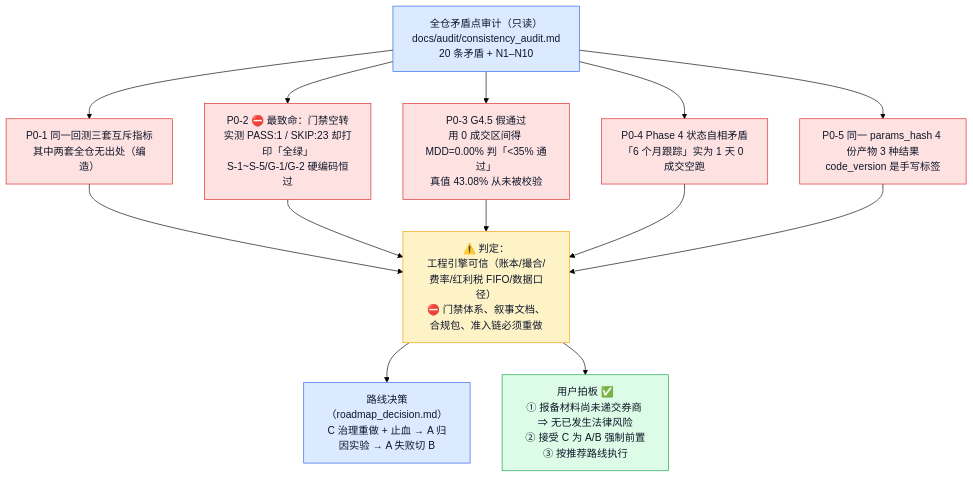
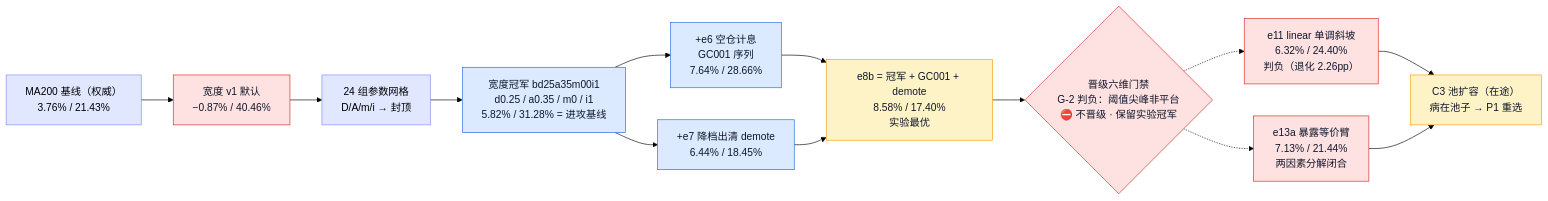
One commit to YZml1507/FinAI2.0 changed the second of 8 diagrams in docs/project_status_flowchart.md. Above: the diagram before and after it, drawn with Mermaid (forest theme). The commit also changed other lines of this file and 2 other files, not shown here.

First line of the commit message:
docs(flowchart)+test: Alpha时代重构project_status_flowchart(.md+.html镜像)——基建/谱系基线矩阵/判负史归因/数据去偏/C3/门禁/测试基线/队列/缺口/治理时代压缩归档十节;指标走表头关键词+数据行裸数字+权威产物锚定行,零gate-doc-ignore即过G-DOC-1/G-REF-1;allowed_counts该文件区间(1,1)→(0,None)同步守卫;pytest 1092绿

````diff
--- a/docs/project_status_flowchart.md
+++ b/docs/project_status_flowchart.md
@@ -35,24 +38,26 @@
 ```mermaid
-flowchart TD
-  AUDIT["全仓矛盾点审计（只读）<br/>docs/audit/consistency_audit.md<br/>20 条矛盾 + N1–N10"] --> P0_1["P0-1 同一回测三套互斥指标<br/>其中两套全仓无出处（编造）"]
-  AUDIT --> P0_2["P0-2 ⛔ 最致命：门禁空转<br/>实测 PASS:1 / SKIP:23 却打印「全绿」<br/>S-1~S-5/G-1/G-2 硬编码恒过"]
-  AUDIT --> P0_3["P0-3 G4.5 假通过<br/>用 0 成交区间得 MDD=0.00% 判「<35% 通过」<br/>真值 43.08% 从未被校验"]
-  AUDIT --> P0_4["P0-4 Phase 4 状态自相矛盾<br/>「6 个月跟踪」实为 1 天 0 成交空跑"]
-  AUDIT --> P0_5["P0-5 同一 params_hash 4 份产物 3 种结果<br/>code_version 是手写标签"]
-  P0_1 --> VERDICT
-  P0_2 --> VERDICT
-  P0_3 --> VERDICT
-  P0_4 --> VERDICT
-  P0_5 --> VERDICT["⚠️ 判定：<br/>工程引擎可信（账本/撮合/费率/红利税 FIFO/数据口径）<br/>⛔ 门禁体系、叙事文档、合规包、准入链必须重做"]
-  VERDICT --> ROUTE["路线决策（roadmap_decision.md）<br/>C 治理重做 + 止血 → A 归因实验 → A 失败切 B"]
-  VERDICT --> USER["用户拍板 ✅<br/>① 报备材料尚未递交券商 ⇒ 无已发生法律风险<br/>② 接受 C 为 A/B 强制前置<br/>③ 按推荐路线执行"]
-  style AUDIT fill:#dbeafe,stroke:#2563eb,color:#0f172a
-  style P0_1 fill:#fee2e2,stroke:#dc2626,color:#0f172a
-  style P0_2 fill:#fee2e2,stroke:#dc2626,color:#0f172a
-  style P0_3 fill:#fee2e2,stroke:#dc2626,color:#0f172a
-  style P0_4 fill:#fee2e2,stroke:#dc2626,color:#0f172a
-  style P0_5 fill:#fee2e2,stroke:#dc2626,color:#0f172a
-  style VERDICT fill:#fef3c7,stroke:#f59e0b,color:#0f172a
-  style ROUTE fill:#dbeafe,stroke:#2563eb,color:#0f172a
-  style USER fill:#dcfce7,stroke:#16a34a,color:#0f172a
+flowchart LR
+  MA200["MA200 基线（权威）<br/>3.76% / 21.43%"] --> V1["宽度 v1 默认<br/>−0.87% / 40.46%"]
+  V1 --> GRID["24 组参数网格<br/>D/A/m/i → 封顶"]
+  GRID --> CHAMP["宽度冠军 bd25a35m00i1<br/>d0.25 / a0.35 / m0 / i1<br/>5.82% / 31.28% = 进攻基线"]
+  CHAMP --> E6["+e6 空仓计息<br/>GC001 序列<br/>7.64% / 28.66%"]
+  CHAMP --> E7["+e7 降档出清 demote<br/>6.44% / 18.45%"]
+  E6 --> E8B["e8b = 冠军 + GC001 + demote<br/>8.58% / 17.40%<br/>实验最优"]
+  E7 --> E8B
+  E8B --> G2{"晋级六维门禁<br/>G-2 判负：阈值尖峰非平台<br/>⛔ 不晋级 · 保留实验冠军"}
+  G2 -.-> E11["e11 linear 单调斜坡<br/>6.32% / 24.40%<br/>判负（退化 2.26pp）"]
+  G2 -.-> E13A["e13a 暴露等价臂<br/>7.13% / 21.44%<br/>两因素分解闭合"]
+  E11 --> C3["C3 池扩容（在途）<br/>病在池子 → P1 重选"]
+  E13A --> C3
+  style MA200 fill:#e0e7ff,stroke:#818cf8
+  style V1 fill:#fee2e2,stroke:#dc2626,color:#0f172a
+  style GRID fill:#e0e7ff,stroke:#818cf8
+  style CHAMP fill:#dbeafe,stroke:#2563eb,color:#0f172a
+  style E6 fill:#dbeafe,stroke:#2563eb,color:#0f172a
+  style E7 fill:#dbeafe,stroke:#2563eb,color:#0f172a
+  style E8B fill:#fef3c7,stroke:#f59e0b,color:#0f172a
+  style G2 fill:#fee2e2,stroke:#dc2626,color:#0f172a
+  style E11 fill:#fee2e2,stroke:#dc2626,color:#0f172a
+  style E13A fill:#fee2e2,stroke:#dc2626,color:#0f172a
+  style C3 fill:#fef3c7,stroke:#f59e0b,color:#0f172a
 ```
````
